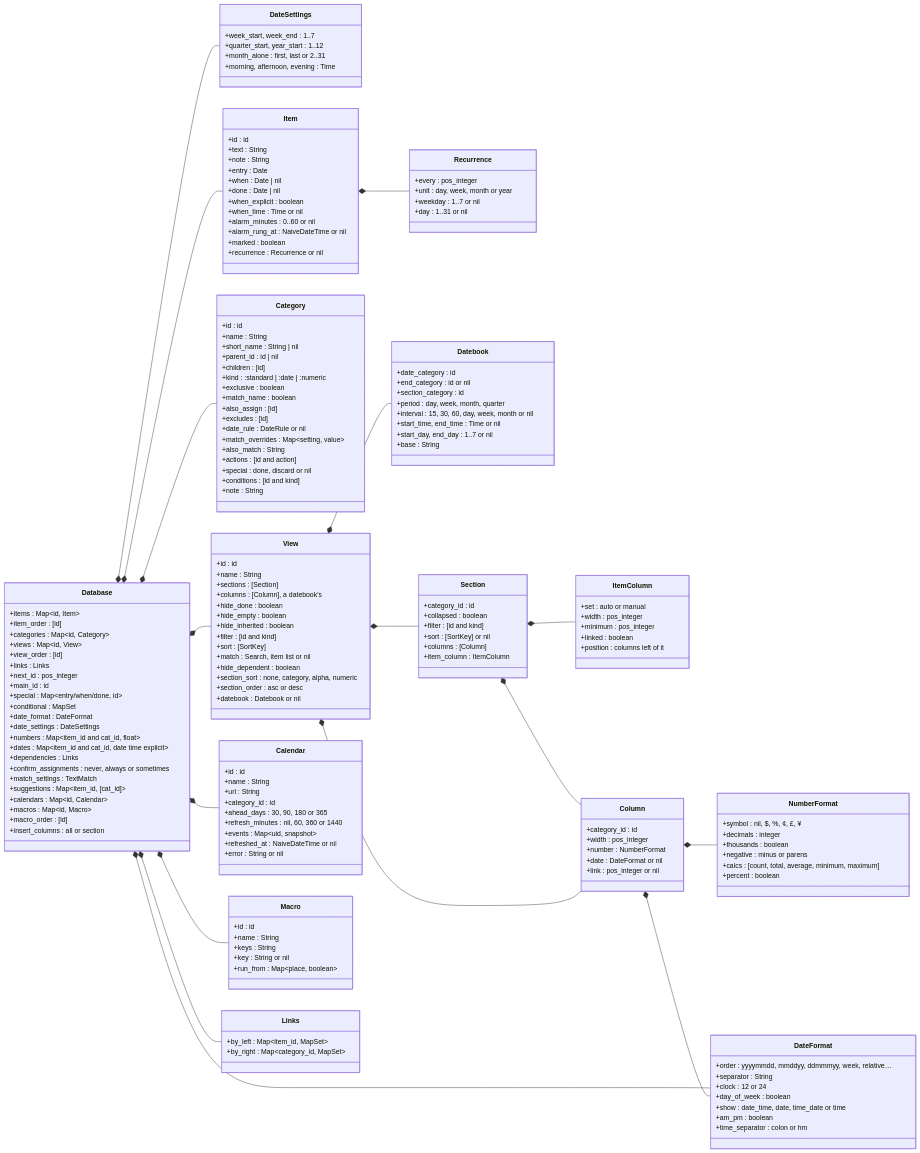
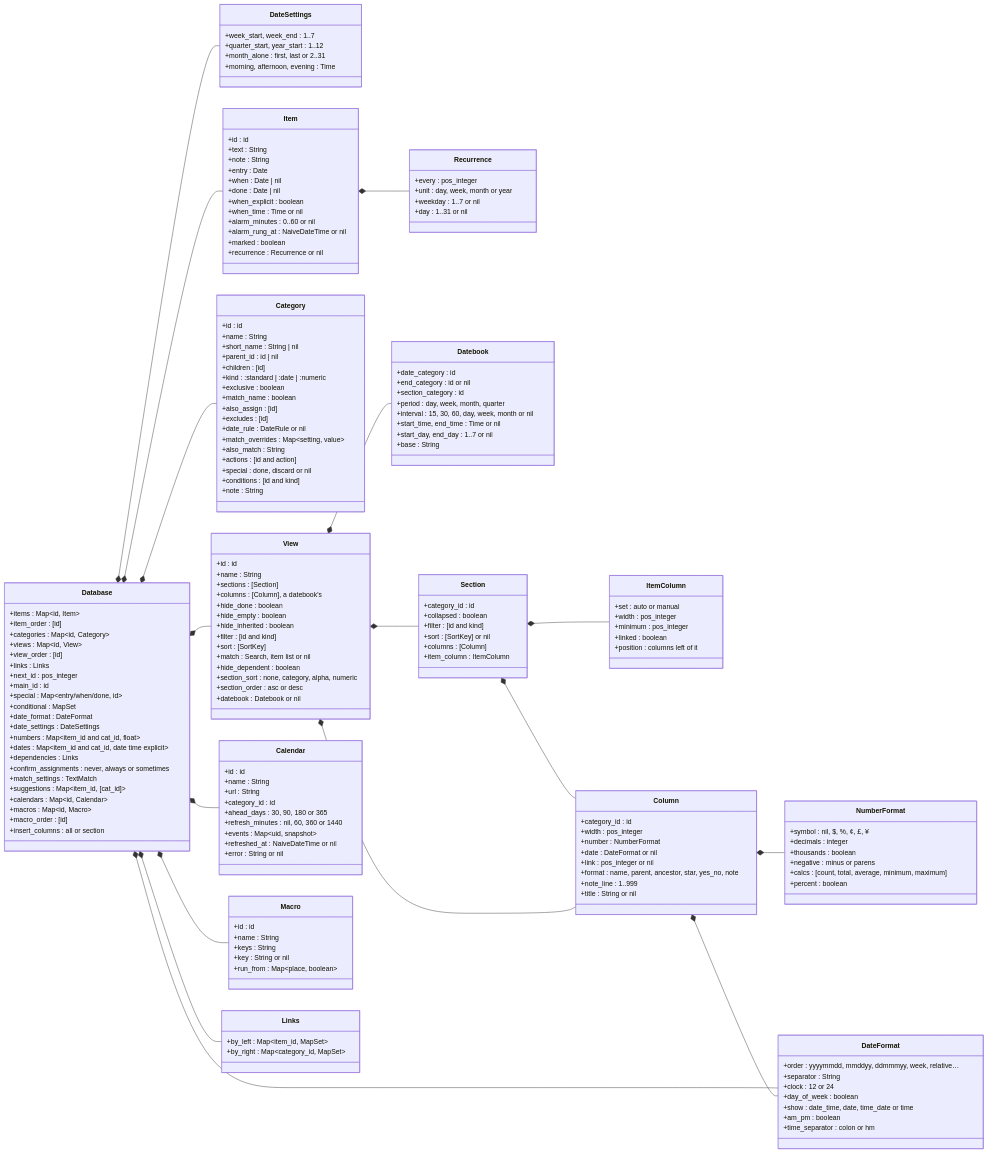
One commit to jamting/agendum changed the second of 6 diagrams in docs/DATA_MODEL.md. Above: the diagram before and after it, drawn with Mermaid. The commit also changed other lines of this file and 21 other files, not shown here.

First line of the commit message:
Standard column formats: Name only, Parent:Category, Ancestor, Star, Yes/No, Category note (R56)

```diff
--- a/docs/DATA_MODEL.md
+++ b/docs/DATA_MODEL.md
@@ -268,6 +271,9 @@
         +number : NumberFormat
         +date : DateFormat or nil
         +link : pos_integer or nil
+        +format : name, parent, ancestor, star, yes_no, note
+        +note_line : 1..999
+        +title : String or nil
     }
     class NumberFormat {
         +symbol : nil, $, %, ¢, £, ¥
```
